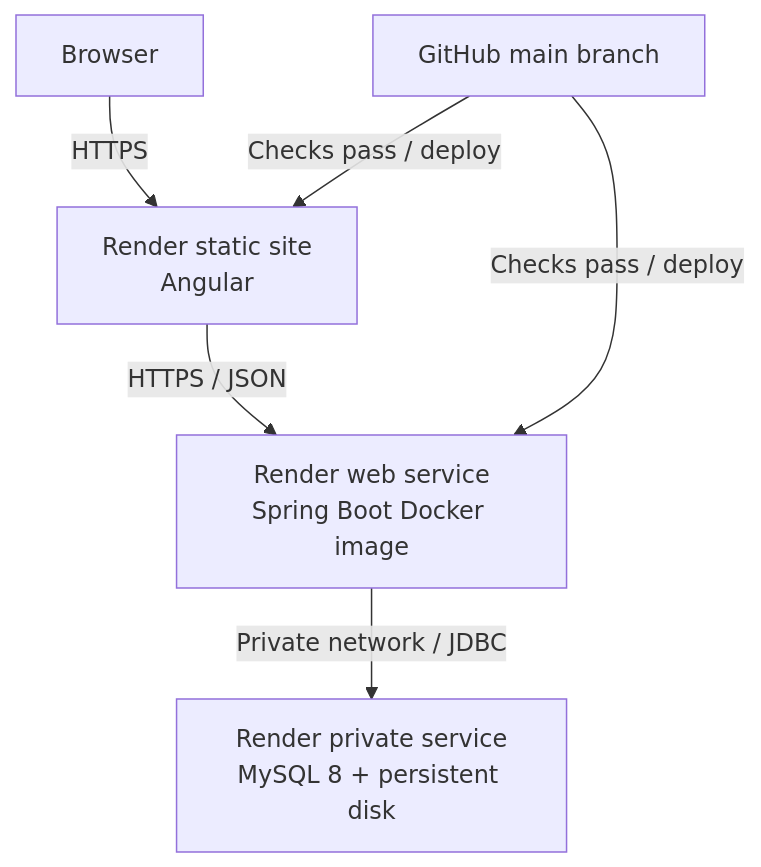
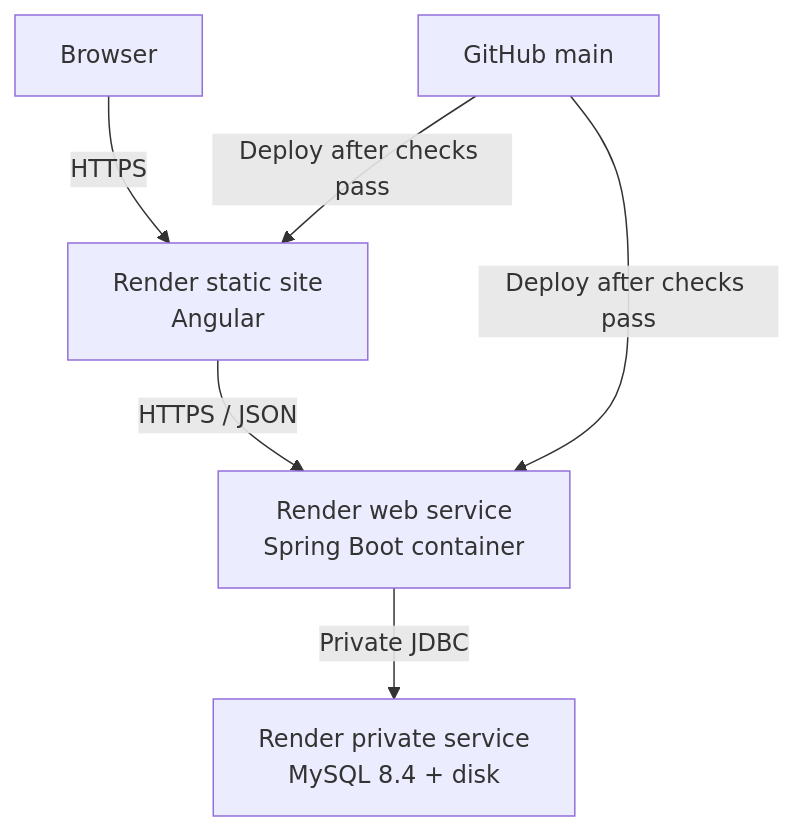
The diagram in Docs/DEPLOYMENT.md (NeelLogic/JobTrackr), drawn with Mermaid before and after one commit. The commit also changed other lines of this file and 4 other files, not shown here.

Commit message:
docs: document Docker and Render deployment

````diff
--- a/Docs/DEPLOYMENT.md
+++ b/Docs/DEPLOYMENT.md
@@ -20,8 +27,8 @@
 ```mermaid
 flowchart TB
     USER["Browser"] -->|"HTTPS"| FRONTEND["Render static site<br/>Angular"]
-    FRONTEND -->|"HTTPS / JSON"| BACKEND["Render web service<br/>Spring Boot Docker image"]
-    BACKEND -->|"Private network / JDBC"| MYSQL["Render private service<br/>MySQL 8 + persistent disk"]
-    GITHUB["GitHub main branch"] -->|"Checks pass / deploy"| FRONTEND
-    GITHUB -->|"Checks pass / deploy"| BACKEND
+    FRONTEND -->|"HTTPS / JSON"| BACKEND["Render web service<br/>Spring Boot container"]
+    BACKEND -->|"Private JDBC"| MYSQL["Render private service<br/>MySQL 8.4 + disk"]
+    GITHUB["GitHub main"] -->|"Deploy after checks pass"| FRONTEND
+    GITHUB -->|"Deploy after checks pass"| BACKEND
 ```
````
